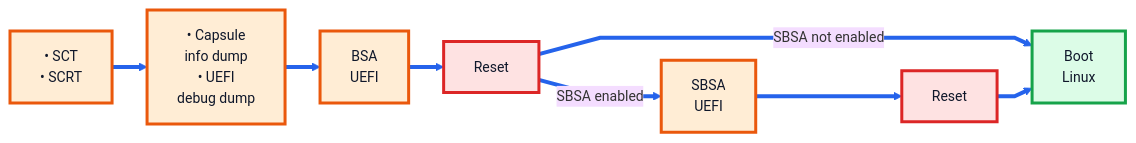
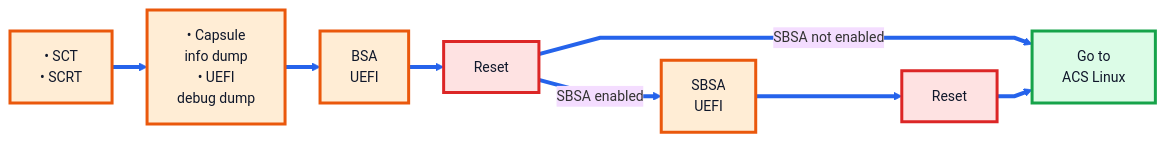
One commit to manjunath3divakar/arm-systemready changed the third of 6 diagrams in docs/systemready_band_flow.md. Above: the diagram before and after it, drawn with Mermaid. The commit also changed other lines of this file, not shown here.

First line of the commit message:
Refine UEFI and Linux ACS flowcharts

````diff
--- a/docs/systemready_band_flow.md
+++ b/docs/systemready_band_flow.md
@@ -169,41 +170,41 @@
 ```mermaid
 %%{init: {
   "theme": "base",
   "flowchart": {
     "curve": "linear",
     "nodeSpacing": 25,
     "rankSpacing": 35
   },
   "themeVariables": {
     "fontFamily": "Arial",
     "fontSize": "14px",
     "primaryBorderColor": "#0f172a",
     "lineColor": "#2563eb",
     "tertiaryColor": "#ffffff"
   }
 }}%%
 
 flowchart LR
 
     linkStyle default stroke:#2563eb,stroke-width:4px;
 
     A["• SCT<br/>• SCRT"]
     A --> B["• Capsule<br/>  info dump<br/>• UEFI<br/>  debug dump"]
 
     B --> C["BSA<br/>UEFI"]
     C --> R1["Reset"]
 
     R1 -->|"SBSA enabled"| D["SBSA<br/>UEFI"]
-    R1 -->|"SBSA not enabled"| E["Boot<br/>Linux"]
+    R1 -->|"SBSA not enabled"| E["Go to<br/>ACS Linux"]
 
     D --> R2["Reset"]
     R2 --> E
 
     classDef uefi fill:#ffedd5,stroke:#ea580c,stroke-width:3px,color:#0f172a;
     classDef reboot fill:#fee2e2,stroke:#dc2626,stroke-width:3px,color:#0f172a;
     classDef linux fill:#dcfce7,stroke:#16a34a,stroke-width:3px,color:#0f172a;
 
     class A,B,C,D uefi;
     class R1,R2 reboot;
     class E linux;
 ```
````
